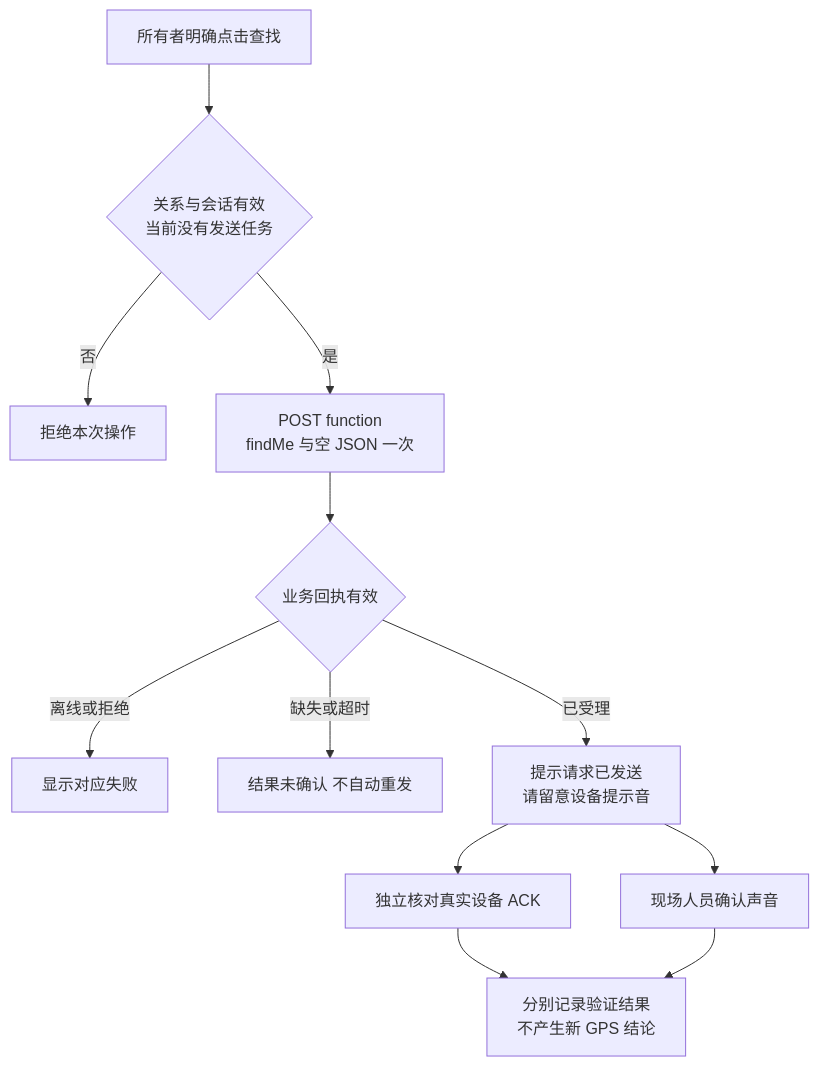
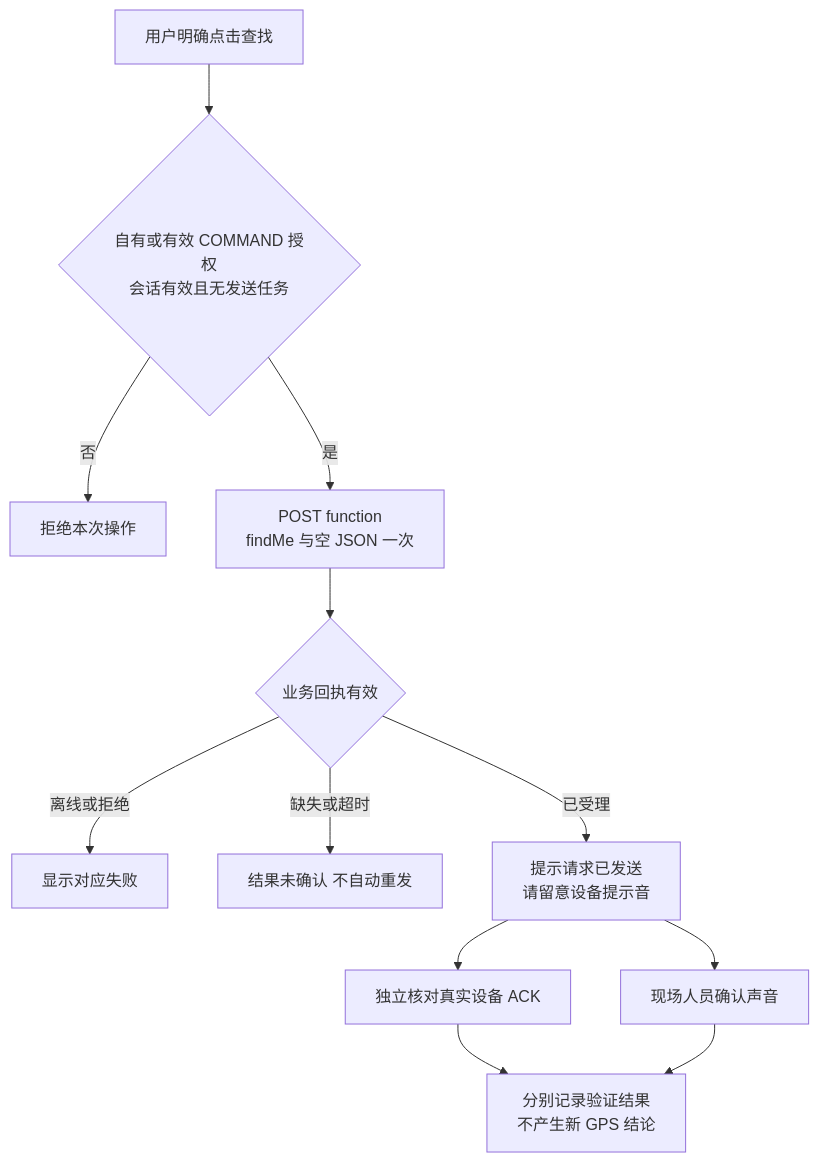
Before and after one commit to jarLiao/eview-connect-c-app-prototype: the diagram in guides/finding-flow.mmd, drawn with Mermaid. The commit also changed 29 other files, not shown here.

```diff
--- a/guides/finding-flow.mmd
+++ b/guides/finding-flow.mmd
@@ -1,12 +1,12 @@
 flowchart TD
-    A[所有者明确点击查找] --> B{关系与会话有效<br/>当前没有发送任务}
+    A[用户明确点击查找] --> B{自有或有效 COMMAND 授权<br/>会话有效且无发送任务}
     B -->|否| C[拒绝本次操作]
     B -->|是| D[POST function<br/>findMe 与空 JSON 一次]
     D --> E{业务回执有效}
     E -->|离线或拒绝| F[显示对应失败]
     E -->|缺失或超时| G[结果未确认 不自动重发]
     E -->|已受理| H[提示请求已发送<br/>请留意设备提示音]
     H --> I[独立核对真实设备 ACK]
     H --> J[现场人员确认声音]
     I --> K[分别记录验证结果<br/>不产生新 GPS 结论]
     J --> K
```
